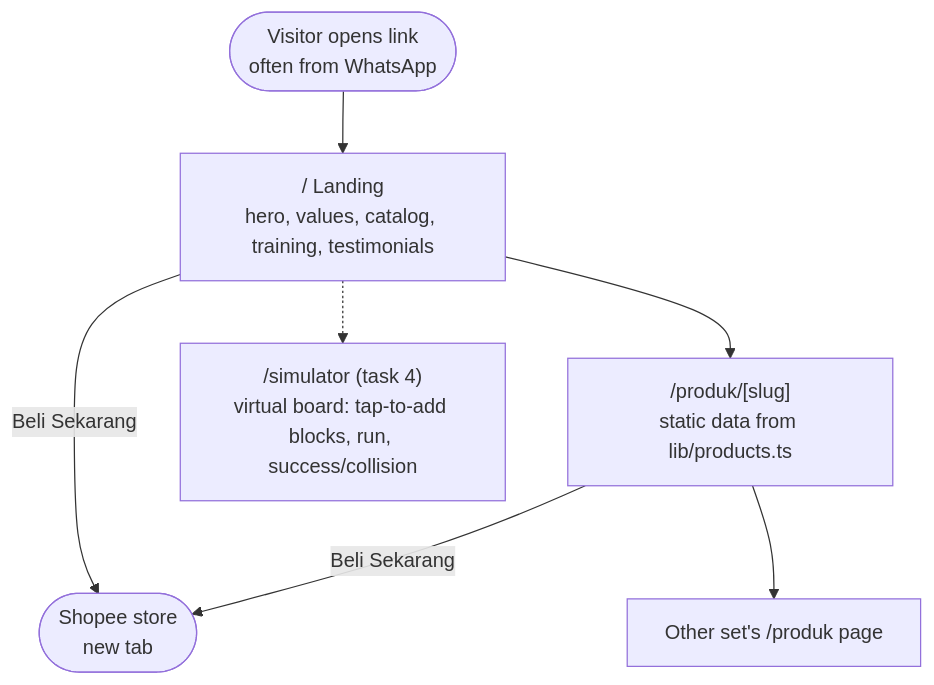
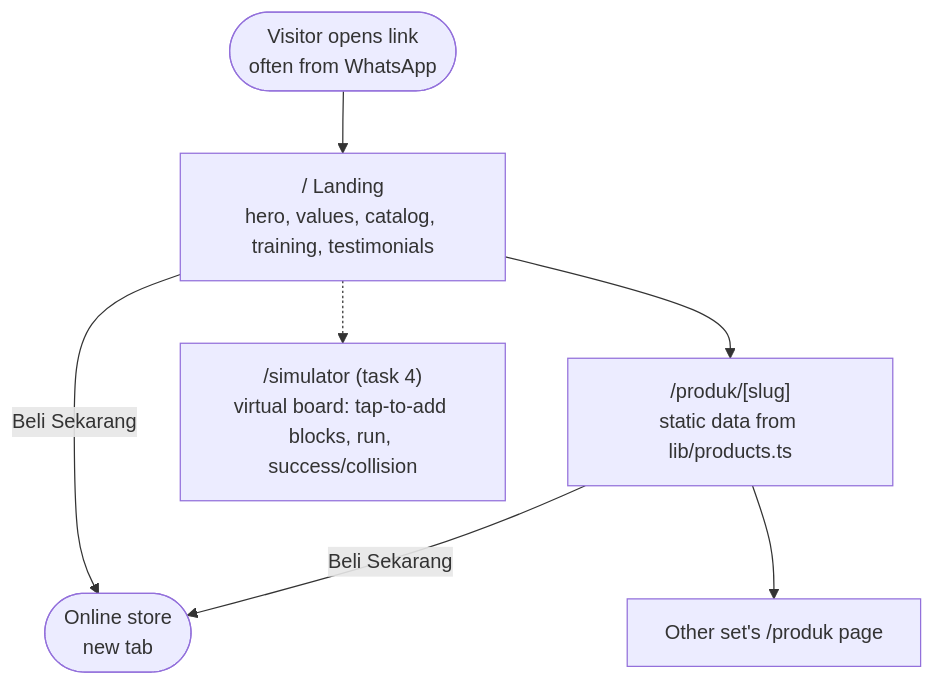
One commit to admir4ljoni/BUMILOGI changed the diagram in docs/flowchart.mmd. Above: the diagram before and after it, drawn with Mermaid. The commit also changed 16 other files, not shown here.

```diff
--- a/docs/flowchart.mmd
+++ b/docs/flowchart.mmd
@@ -1,9 +1,9 @@
 %% BUMILOGI site flow. Static site: no accounts or backend. Dashed = planned (task number in label).
 flowchart TD
     visit([Visitor opens link<br/>often from WhatsApp]) --> landing
     landing["/ Landing<br/>hero, values, catalog, training, testimonials"]
     landing --> product["/produk/[slug]<br/>static data from lib/products.ts"]
     landing -.-> sim["/simulator (task 4)<br/>virtual board: tap-to-add blocks, run, success/collision"]
-    landing -- "Beli Sekarang" --> shopee([Shopee store<br/>new tab])
-    product -- "Beli Sekarang" --> shopee
+    landing -- "Beli Sekarang" --> store([Online store<br/>new tab])
+    product -- "Beli Sekarang" --> store
     product --> other["Other set's /produk page"]
```
